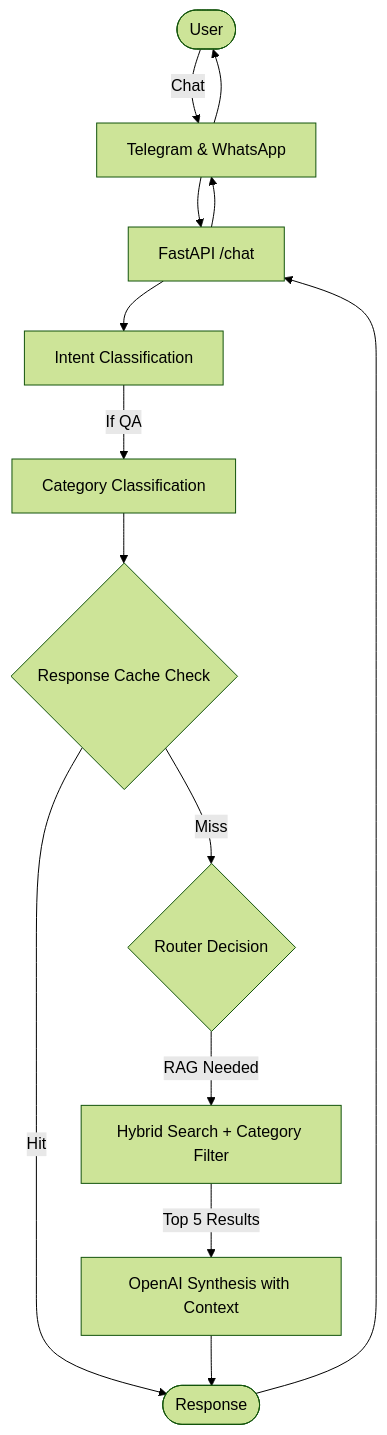
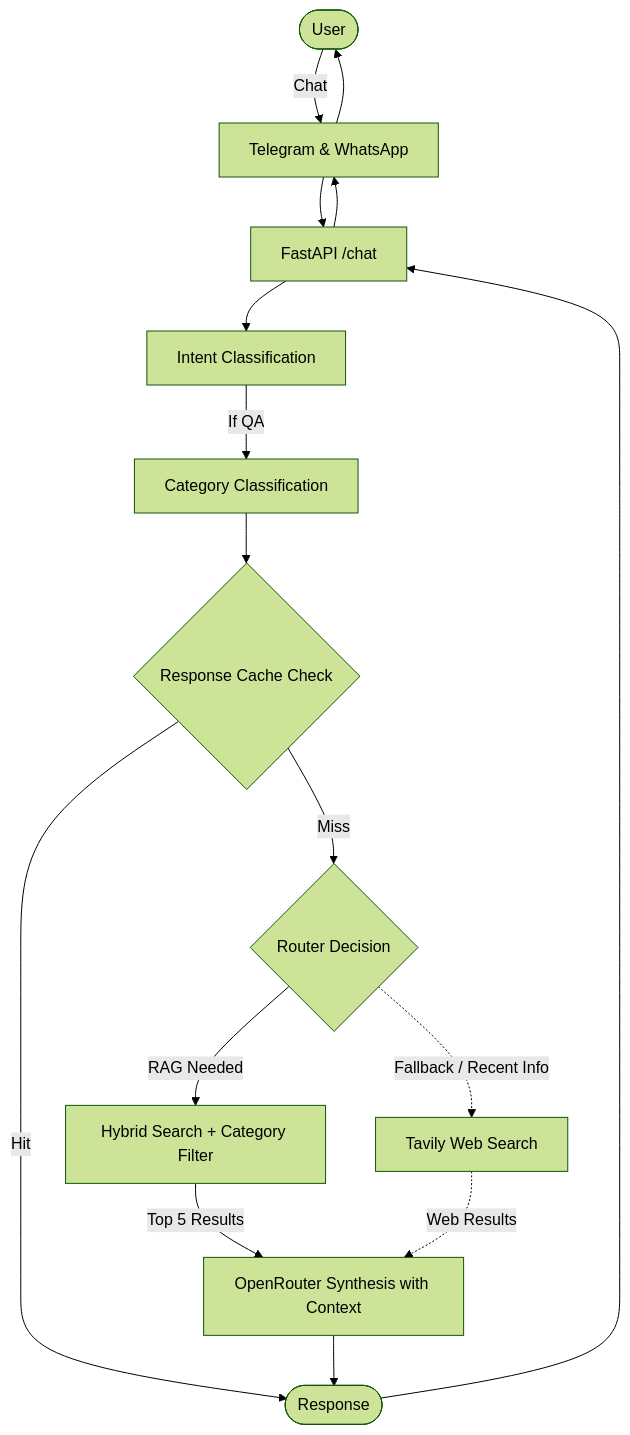
One commit to jooaobrum/habitantes-grenoble-agent changed the second of 5 diagrams in docs/ARCHITECTURE.md. Above: the diagram before and after it, drawn with Mermaid (forest theme). The commit also changed other lines of this file and 9 other files, not shown here.

````diff
--- a/docs/ARCHITECTURE.md
+++ b/docs/ARCHITECTURE.md
@@ -52,19 +55,21 @@
 ```mermaid
 flowchart TD
     User([User]) -->|Chat| TG[Telegram & WhatsApp]
     TG --> API[FastAPI /chat]
     API --> Intent[Intent Classification]
 
     Intent -->|If QA| Cat[Category Classification]
     Cat --> Cache{Response Cache Check}
     Cache -->|Hit| Resp([Response])
     Cache -->|Miss| Router{Router Decision}
 
     Router -->|RAG Needed| Search[Hybrid Search + Category Filter]
-    Search -->|Top 5 Results| Synth[OpenAI Synthesis with Context]
+    Router -.->|Fallback / Recent Info| WebSearch[Tavily Web Search]
+    Search -->|Top 5 Results| Synth[OpenRouter Synthesis with Context]
+    WebSearch -.->|Web Results| Synth
     Synth --> Resp
 
     Resp --> API
     API --> TG
     TG --> User
 ```
````
